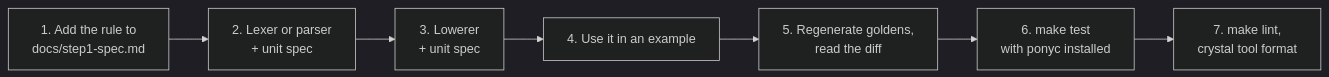
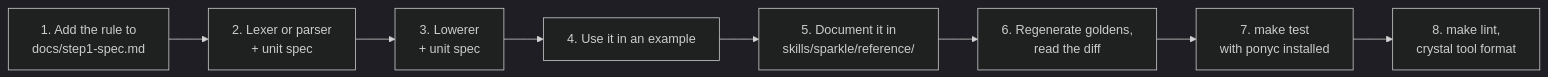
One commit to nogginly/sparkle changed the second of 2 diagrams in DEVELOPMENT.md. Above: the diagram before and after it, drawn with Mermaid (dark theme). The commit also changed other lines of this file and 15 other files, not shown here.

First line of the commit message:
Add the language reference pages, and make sparkle check run every pass but codegen

````diff
--- a/DEVELOPMENT.md
+++ b/DEVELOPMENT.md
@@ -160,9 +162,10 @@
 ```mermaid
 flowchart LR
     R["1. Add the rule to<br/>docs/step1-spec.md"] --> P["2. Lexer or parser<br/>+ unit spec"]
     P --> E["3. Lowerer<br/>+ unit spec"]
     E --> X["4. Use it in an example"]
-    X --> G["5. Regenerate goldens,<br/>read the diff"]
-    G --> T["6. make test<br/>with ponyc installed"]
-    T --> L["7. make lint,<br/>crystal tool format"]
+    X --> D["5. Document it in<br/>skills/sparkle/reference/"]
+    D --> G["6. Regenerate goldens,<br/>read the diff"]
+    G --> T["7. make test<br/>with ponyc installed"]
+    T --> L["8. make lint,<br/>crystal tool format"]
 ```
````
